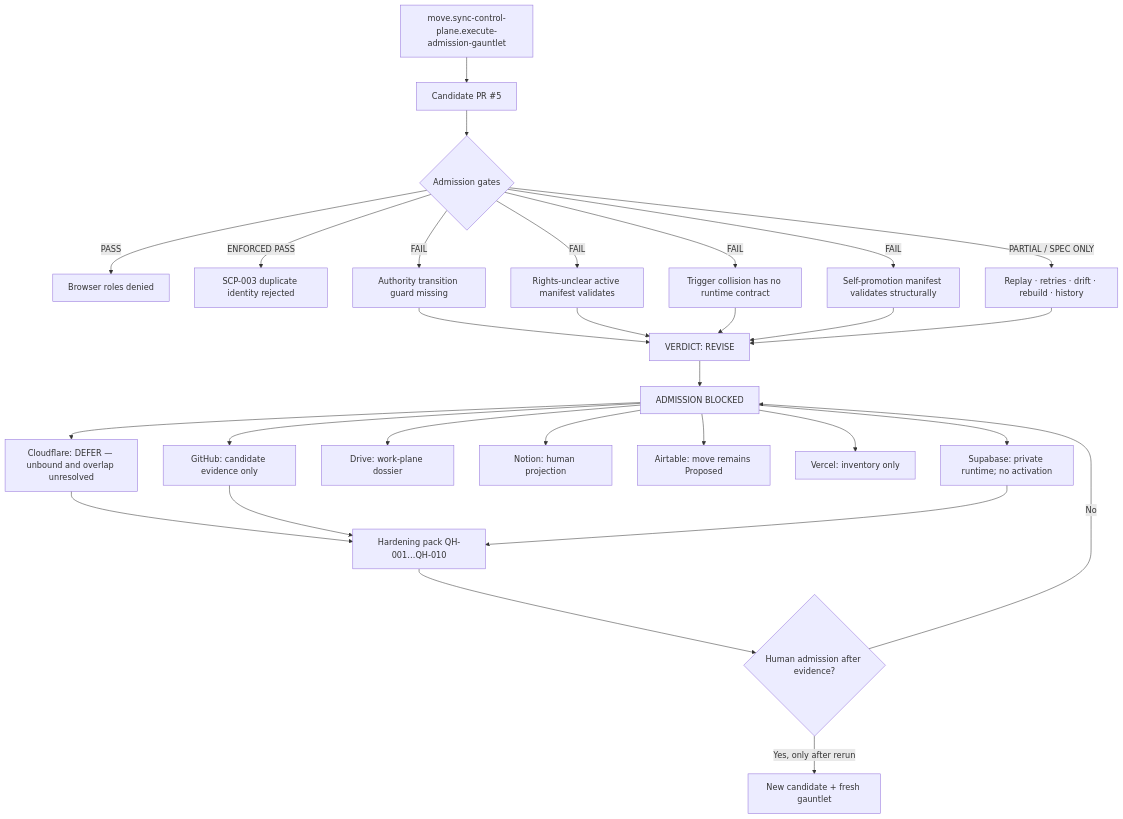
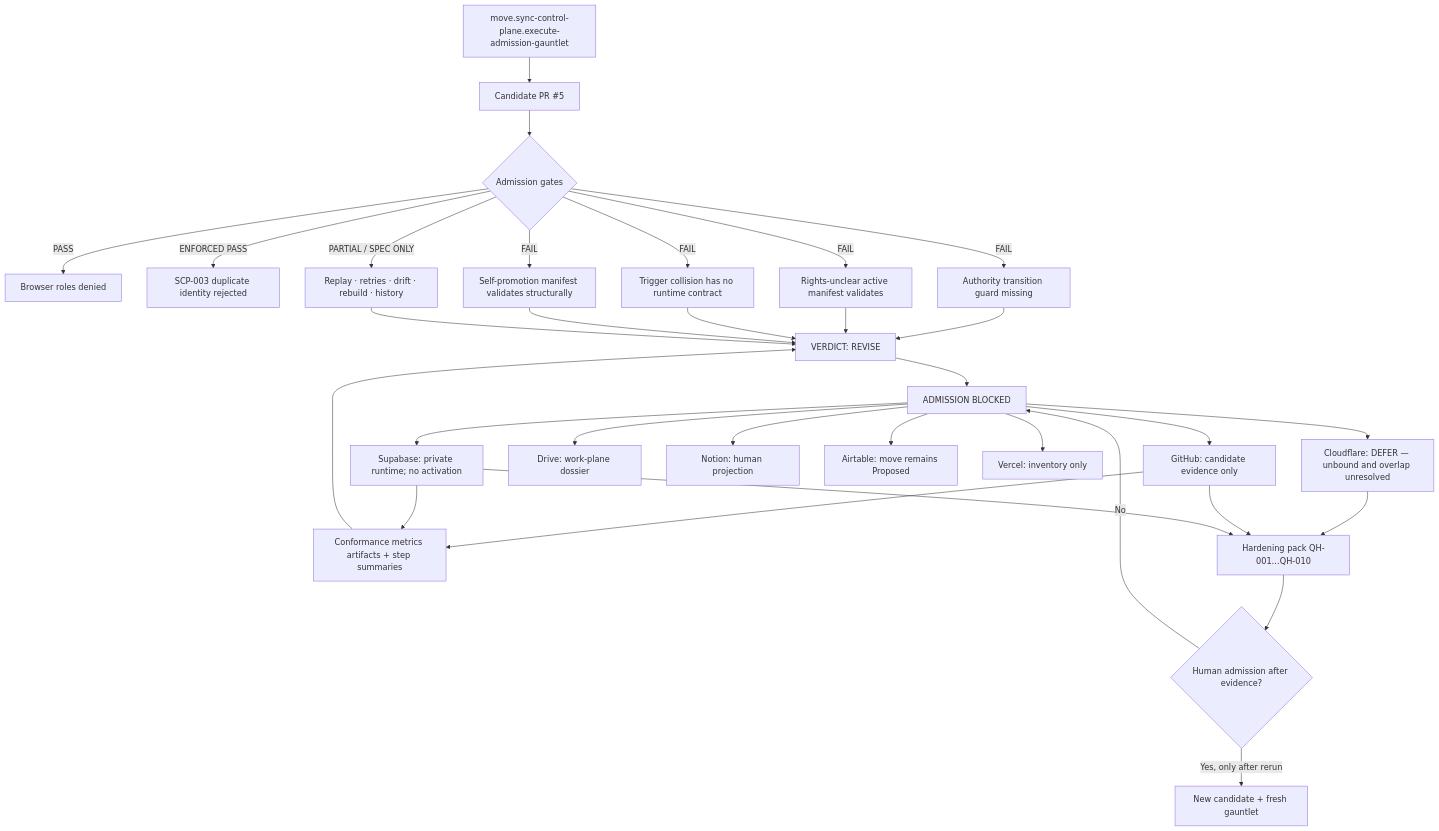
Before and after one commit to Quirk-Systems/quirk-os: the diagram in diagrams/admission-gauntlet.mmd, drawn with Mermaid. The commit also changed 19 other files, not shown here.

Commit message:
Add conformance telemetry, CI metrics artifacts, and observability docs

```diff
--- a/diagrams/admission-gauntlet.mmd
+++ b/diagrams/admission-gauntlet.mmd
@@ -1,33 +1,37 @@
 flowchart TD
     M["move.sync-control-plane.execute-admission-gauntlet"] --> C["Candidate PR #5"]
     C --> G{"Admission gates"}
 
     G -->|"PASS"| S3["Browser roles denied"]
     G -->|"ENFORCED PASS"| F3["SCP-003 duplicate identity rejected"]
     G -->|"PARTIAL / SPEC ONLY"| P["Replay · retries · drift · rebuild · history"]
     G -->|"FAIL"| A["Authority transition guard missing"]
     G -->|"FAIL"| R["Rights-unclear active manifest validates"]
     G -->|"FAIL"| T["Trigger collision has no runtime contract"]
     G -->|"FAIL"| X["Self-promotion manifest validates structurally"]
 
     A --> V["VERDICT: REVISE"]
     R --> V
     T --> V
     X --> V
     P --> V
 
     V --> B["ADMISSION BLOCKED"]
     B --> GH["GitHub: candidate evidence only"]
     B --> SB["Supabase: private runtime; no activation"]
     B --> GD["Drive: work-plane dossier"]
     B --> NT["Notion: human projection"]
     B --> AT["Airtable: move remains Proposed"]
     B --> VE["Vercel: inventory only"]
     B --> CF["Cloudflare: DEFER — unbound and overlap unresolved"]
 
+    GH --> TM["Conformance metrics artifacts + step summaries"]
+    SB --> TM
+    TM --> V
+
     CF --> H["Hardening pack QH-001…QH-010"]
     GH --> H
     SB --> H
     H --> D{"Human admission after evidence?"}
     D -->|"No"| B
     D -->|"Yes, only after rerun"| RC["New candidate + fresh gauntlet"]
```
